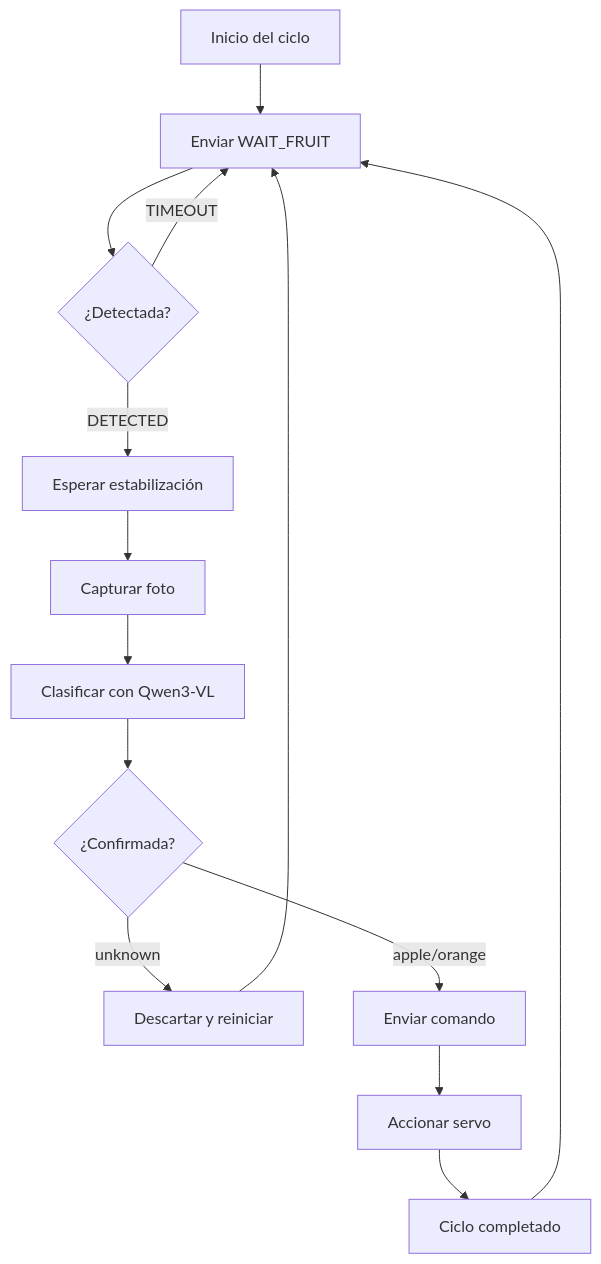
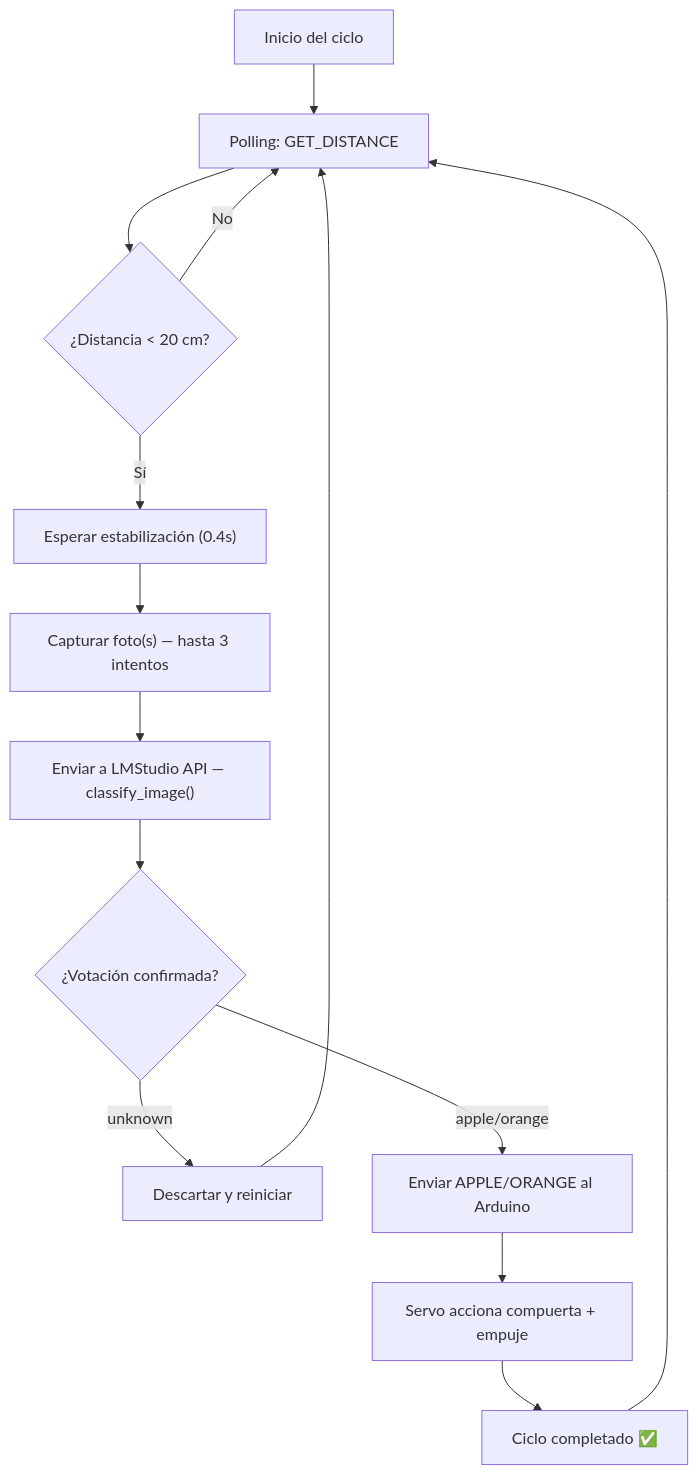
Before and after one commit to AndresMondragon2004/Clasificador-de-frutas-: the second of 2 diagrams in README.md, drawn with Mermaid. The commit also changed other lines of this file and 7 other files, not shown here.

````diff
--- a/README.md
+++ b/README.md
@@ -93,16 +107,16 @@
 ```mermaid
 flowchart TD
-    A["Inicio del ciclo"] --> B["Enviar WAIT_FRUIT"]
-    B --> C{"¿Detectada?"}
-    C -- "TIMEOUT" --> B
-    C -- "DETECTED" --> D["Esperar estabilización"]
-    D --> E["Capturar foto"]
-    E --> F["Clasificar con Qwen3-VL"]
-    F --> G{"¿Confirmada?"}
+    A["Inicio del ciclo"] --> B["Polling: GET_DISTANCE"]
+    B --> C{"¿Distancia < 20 cm?"}
+    C -- "No" --> B
+    C -- "Sí" --> D["Esperar estabilización (0.4s)"]
+    D --> E["Capturar foto(s) — hasta 3 intentos"]
+    E --> F["Enviar a LMStudio API — classify_image()"]
+    F --> G{"¿Votación confirmada?"}
     G -- "unknown" --> H["Descartar y reiniciar"]
     H --> B
-    G -- "apple/orange" --> I["Enviar comando"]
-    I --> J["Accionar servo"]
-    J --> K["Ciclo completado"]
+    G -- "apple/orange" --> I["Enviar APPLE/ORANGE al Arduino"]
+    I --> J["Servo acciona compuerta + empuje"]
+    J --> K["Ciclo completado ✅"]
     K --> B
 ```
````
